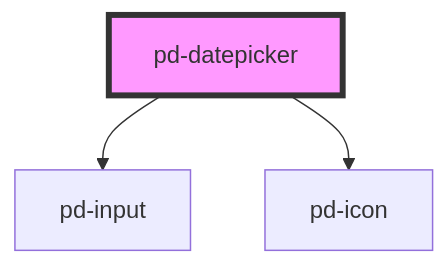
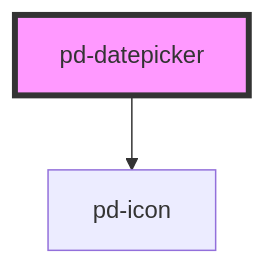
Before and after one commit to Lambda-IT/parlamentsdienste-components: the diagram in src/components/pd-datepicker/readme.md, drawn with Mermaid. The commit also changed other lines of this file and 5 other files, not shown here.

Commit message:
fix: datepicker events and input element #123

````diff
--- a/src/components/pd-datepicker/readme.md
+++ b/src/components/pd-datepicker/readme.md
@@ -111,6 +110,5 @@
 ```mermaid
 graph TD;
-  pd-datepicker --> pd-input
   pd-datepicker --> pd-icon
   style pd-datepicker fill:#f9f,stroke:#333,stroke-width:4px
 ```
````
